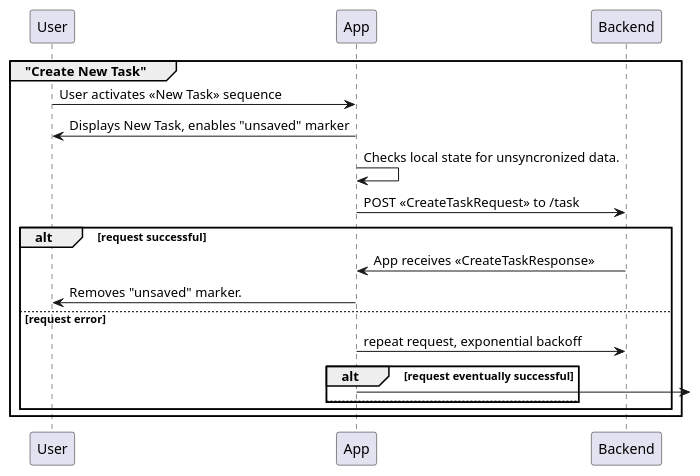
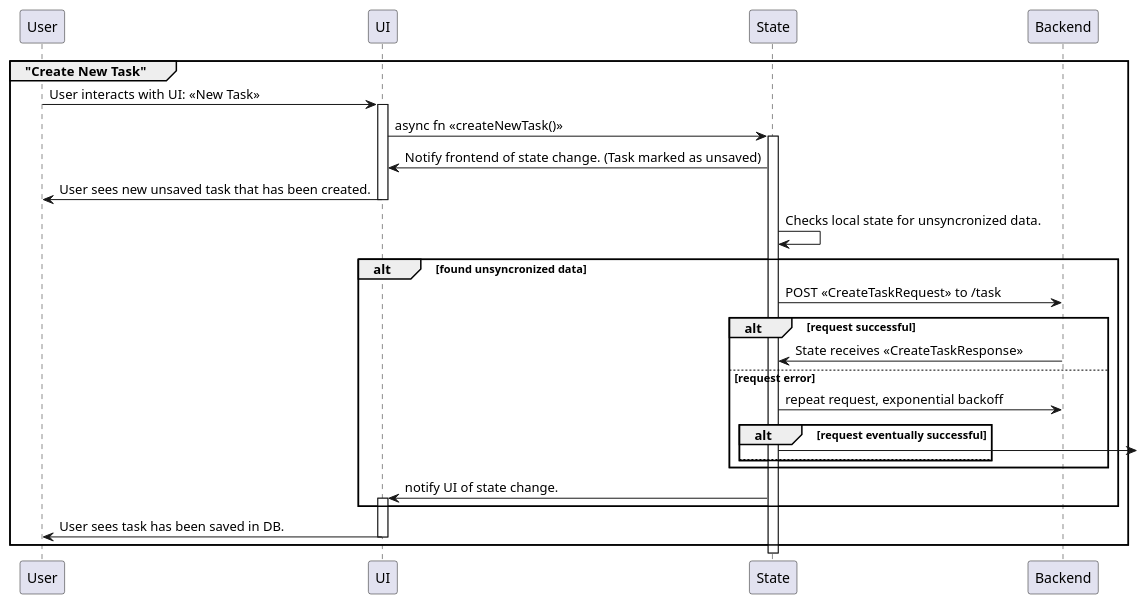
The second of 3 diagrams in design/middleware_sequences.puml (knoxy5467/a-better-notion), drawn with PlantUML before and after one commit. The commit also changed other lines of this file, not shown here.

Commit message:
add middleware sequences

```diff
--- a/design/middleware_sequences.puml
+++ b/design/middleware_sequences.puml
@@ -21,18 +21,35 @@
 @startuml middleware_create_task
 group "Create New Task"
-	User -> App : User activates <<New Task>> sequence
-	App -> User : Displays New Task, enables "unsaved" marker
-	App -> App : Checks local state for unsyncronized data.
-	App -> Backend : POST <<CreateTaskRequest>> to /task
-	alt request successful
-		Backend -> App : App receives <<CreateTaskResponse>> 
-		App -> User : Removes "unsaved" marker.
-	else request error
-		App -> Backend : repeat request, exponential backoff 
-		alt request eventually successful
-			App -> 
-		else
+	participant User
+	participant UI
+	participant State
+	participant Backend
+	User -> UI : User interacts with UI: <<New Task>>
+	activate UI
+	
+	UI -> State : async fn <<createNewTask()>>
+	activate State
+	State -> UI : Notify frontend of state change. (Task marked as unsaved)
+	UI -> User : User sees new unsaved task that has been created.
+	deactivate UI
+
+	State -> State : Checks local state for unsyncronized data.
+	alt found unsyncronized data
+		State -> Backend : POST <<CreateTaskRequest>> to /task
+		alt request successful
+			Backend -> State : State receives <<CreateTaskResponse>> 
+			
+		else request error
+			State -> Backend : repeat request, exponential backoff 
+			alt request eventually successful
+				State -> 
+			else
+			end
 		end
+		State -> UI : notify UI of state change.
+		activate UI
 	end
+	UI -> User : User sees task has been saved in DB.
+	deactivate UI
 end
 @enduml
```
